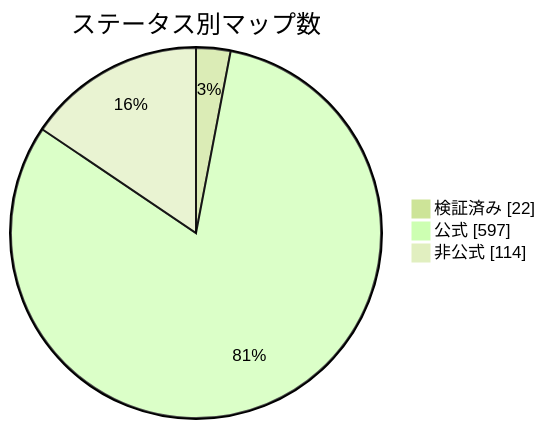
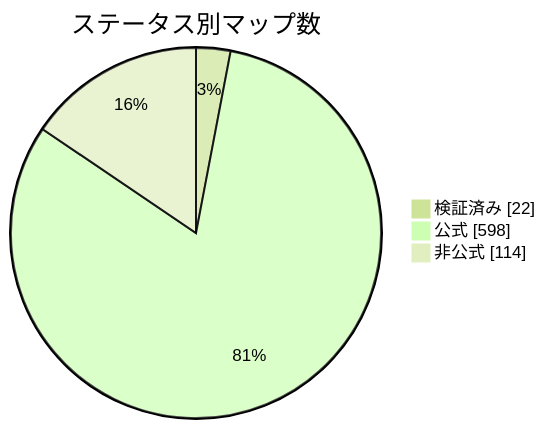
Before and after one commit to nobrega8/mbmap-library: the diagram in docs/readme/README_JP.md, drawn with Mermaid (forest theme). The commit also changed 6 other files, not shown here.

````diff
--- a/docs/readme/README_JP.md
+++ b/docs/readme/README_JP.md
@@ -54,7 +54,7 @@
 ```mermaid
 pie showData
     title ステータス別マップ数
     "検証済み" : 22
-    "公式" : 597
+    "公式" : 598
     "非公式" : 114
 ```
````
